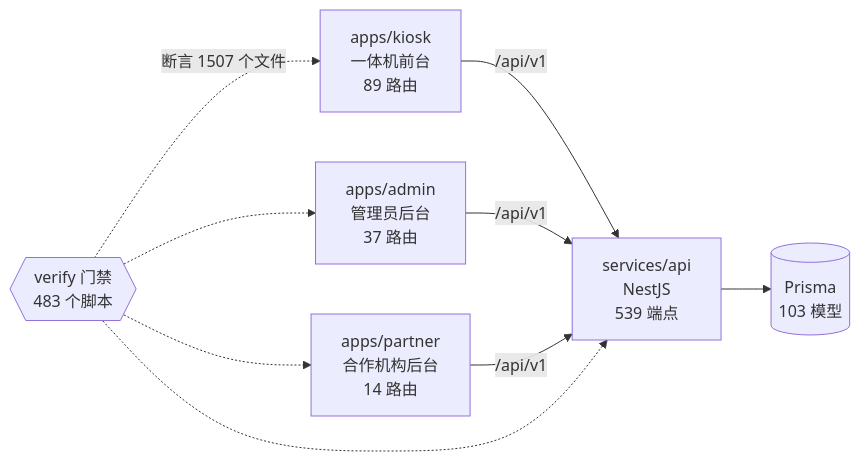
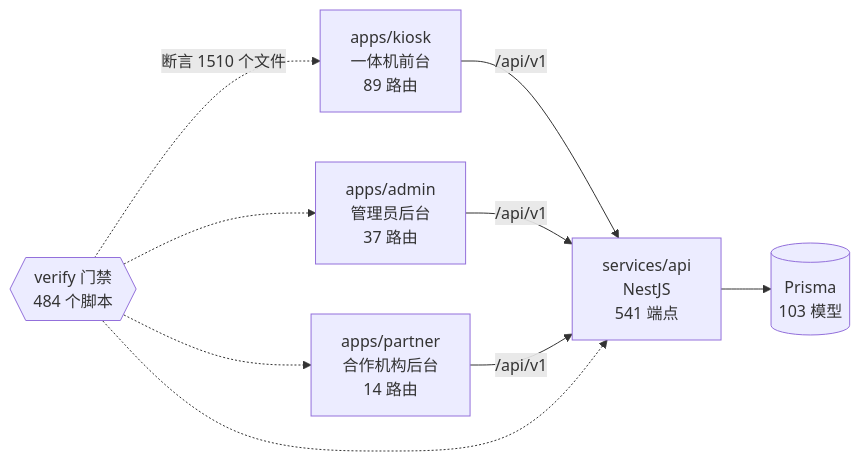
One commit to wanglei581/YITIJI changed the diagram in docs/graph/README.md. Above: the diagram before and after it, drawn with Mermaid. The commit also changed other lines of this file and 4 other files, not shown here.

Commit message:
docs(graph): regenerate for console usage endpoints and the miniapp split

````diff
--- a/docs/graph/README.md
+++ b/docs/graph/README.md
@@ -68,18 +68,18 @@
 ```mermaid
 flowchart LR
   kiosk["apps/kiosk<br/>一体机前台<br/>89 路由"]
   admin["apps/admin<br/>管理员后台<br/>37 路由"]
   partner["apps/partner<br/>合作机构后台<br/>14 路由"]
-  api["services/api<br/>NestJS<br/>539 端点"]
+  api["services/api<br/>NestJS<br/>541 端点"]
   db[("Prisma<br/>103 模型")]
-  gates{{"verify 门禁<br/>483 个脚本"}}
+  gates{{"verify 门禁<br/>484 个脚本"}}
 
   kiosk -->|"/api/v1"| api
   admin -->|"/api/v1"| api
   partner -->|"/api/v1"| api
   api --> db
-  gates -.->|"断言 1507 个文件"| kiosk
+  gates -.->|"断言 1510 个文件"| kiosk
   gates -.-> admin
   gates -.-> partner
   gates -.-> api
 ```
````
